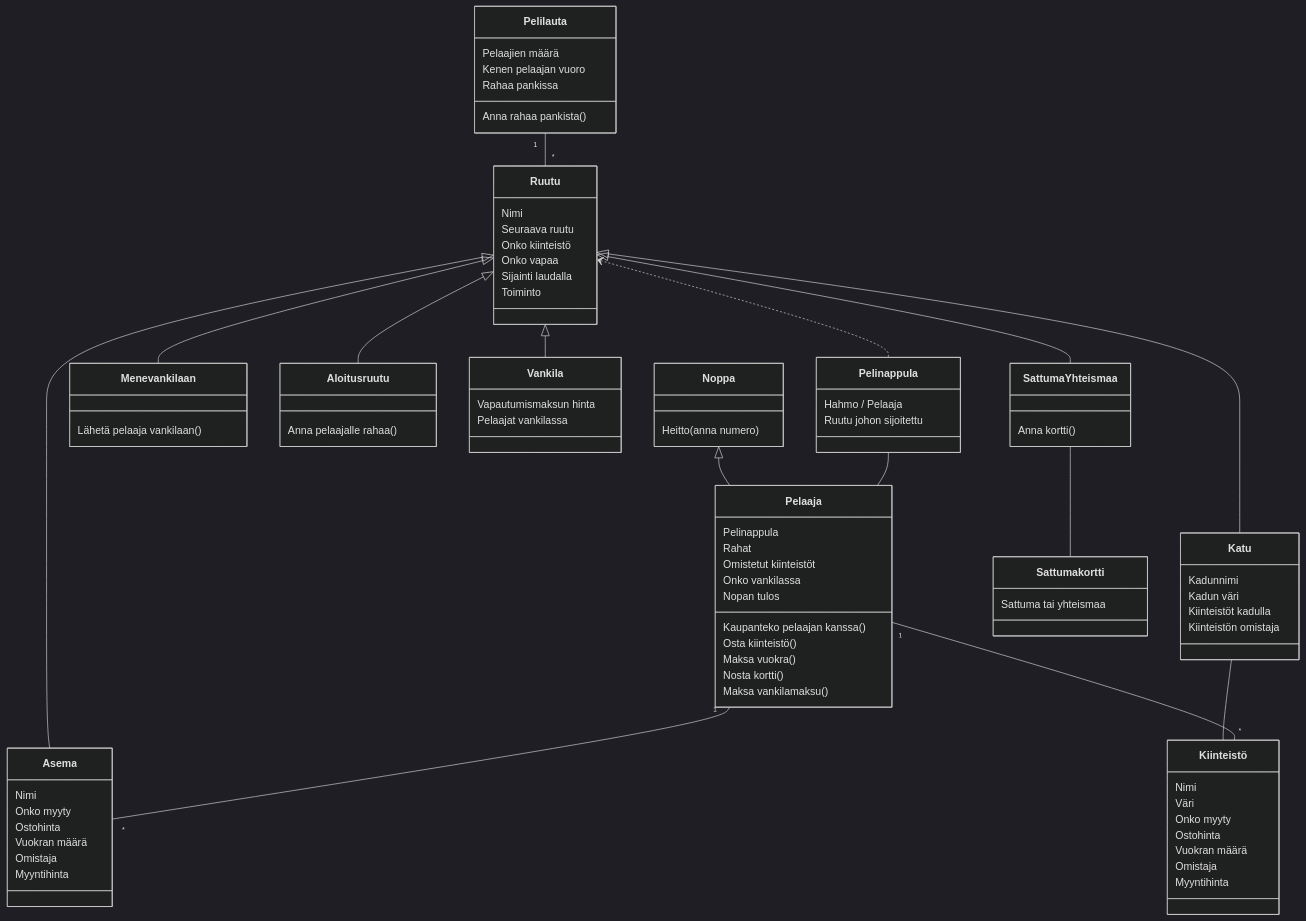
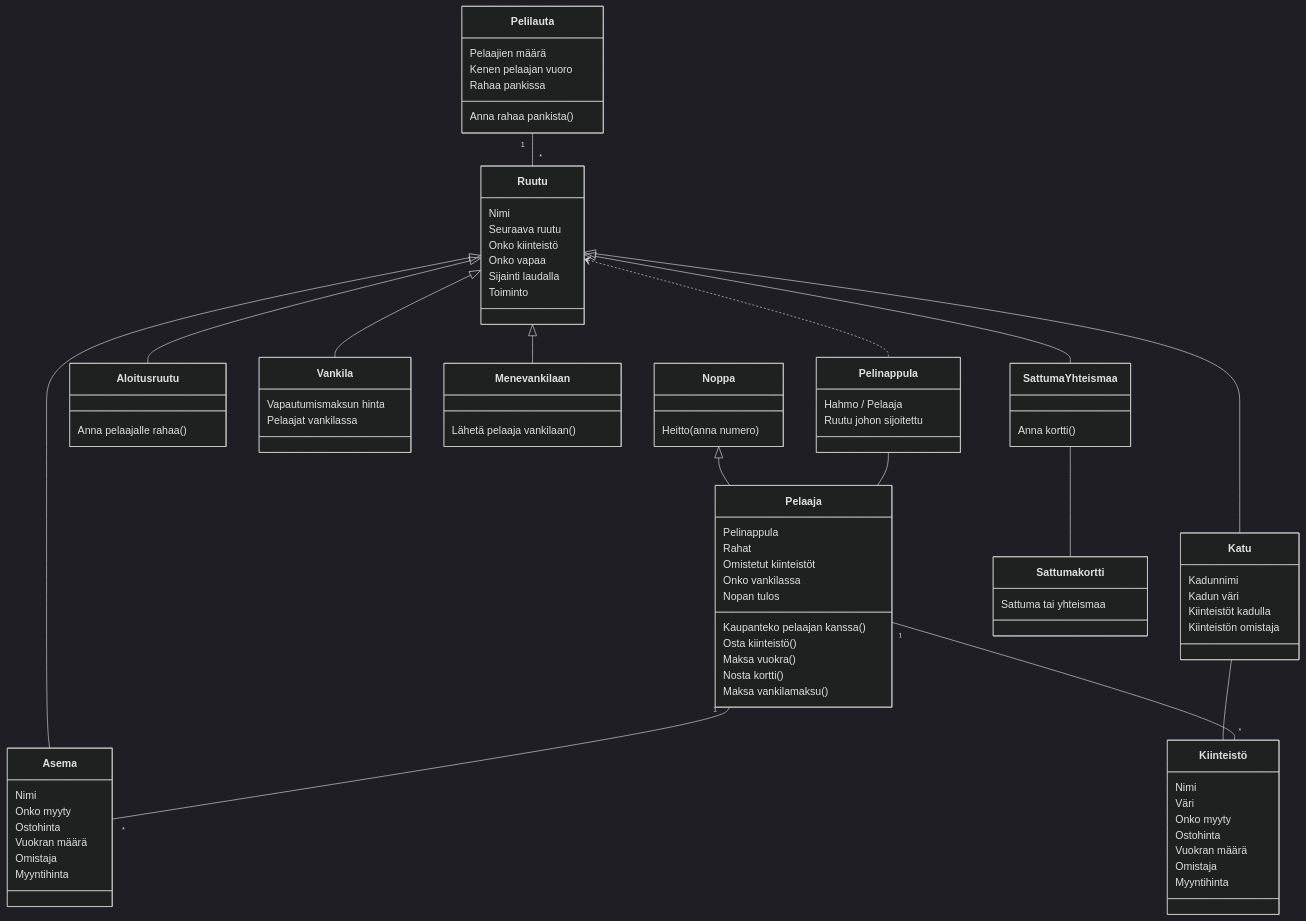
Before and after one commit to kodtld/TravelHub: the diagram in laskarit/viikko3/luokkakaavio.md, drawn with Mermaid (dark theme). The commit also changed other lines of this file, not shown here.

```diff
--- a/laskarit/viikko3/luokkakaavio.md
+++ b/laskarit/viikko3/luokkakaavio.md
@@ -2,9 +2,9 @@
  classDiagram
       
       Noppa  <|-- Pelaaja
-      Ruutu  <|-- Menevankilaan
       Ruutu  <|-- Aloitusruutu
       Ruutu  <|-- Vankila
+      Ruutu  <|-- Menevankilaan
       Ruutu  <|-- SattumaYhteismaa
       Ruutu  <|-- Asema
       Ruutu  <|-- Katu
```
